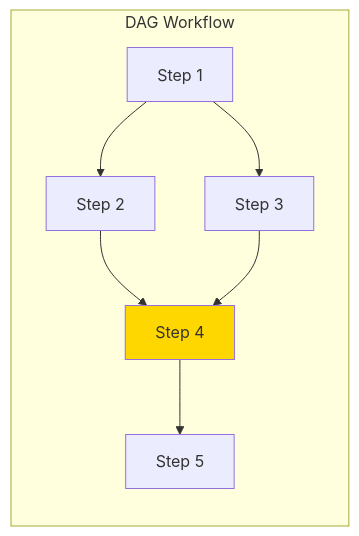
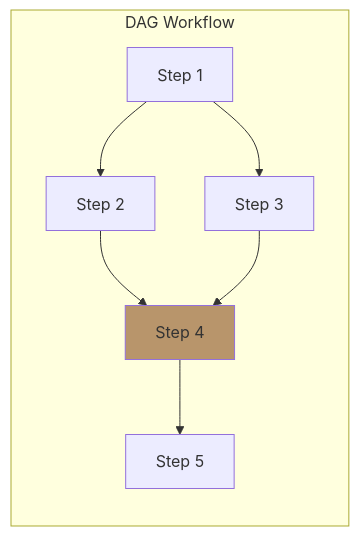
One commit to ScopeCreep-zip/Symbiont changed diagram 11 of 15 in docs/architecture/data-flow.md. Above: the diagram before and after it, drawn with Mermaid. The commit also changed other lines of this file and 17 other files, not shown here.

Commit message:
update to diagram colors

````diff
--- a/docs/architecture/data-flow.md
+++ b/docs/architecture/data-flow.md
@@ -424,12 +424,12 @@
 ```mermaid
 graph LR
     subgraph "DAG Workflow"
         S1[Step 1] --> S2[Step 2]
         S1 --> S3[Step 3]
         S2 --> S4[Step 4]
         S3 --> S4
         S4 --> S5[Step 5]
     end
 
-    style S4 fill:#FFD700
+    style S4 fill:#b8956b
 ```
````
